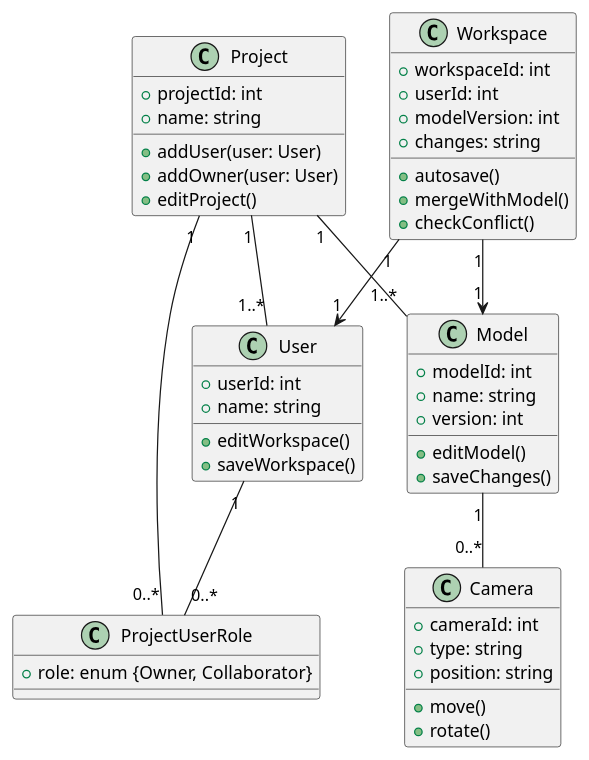
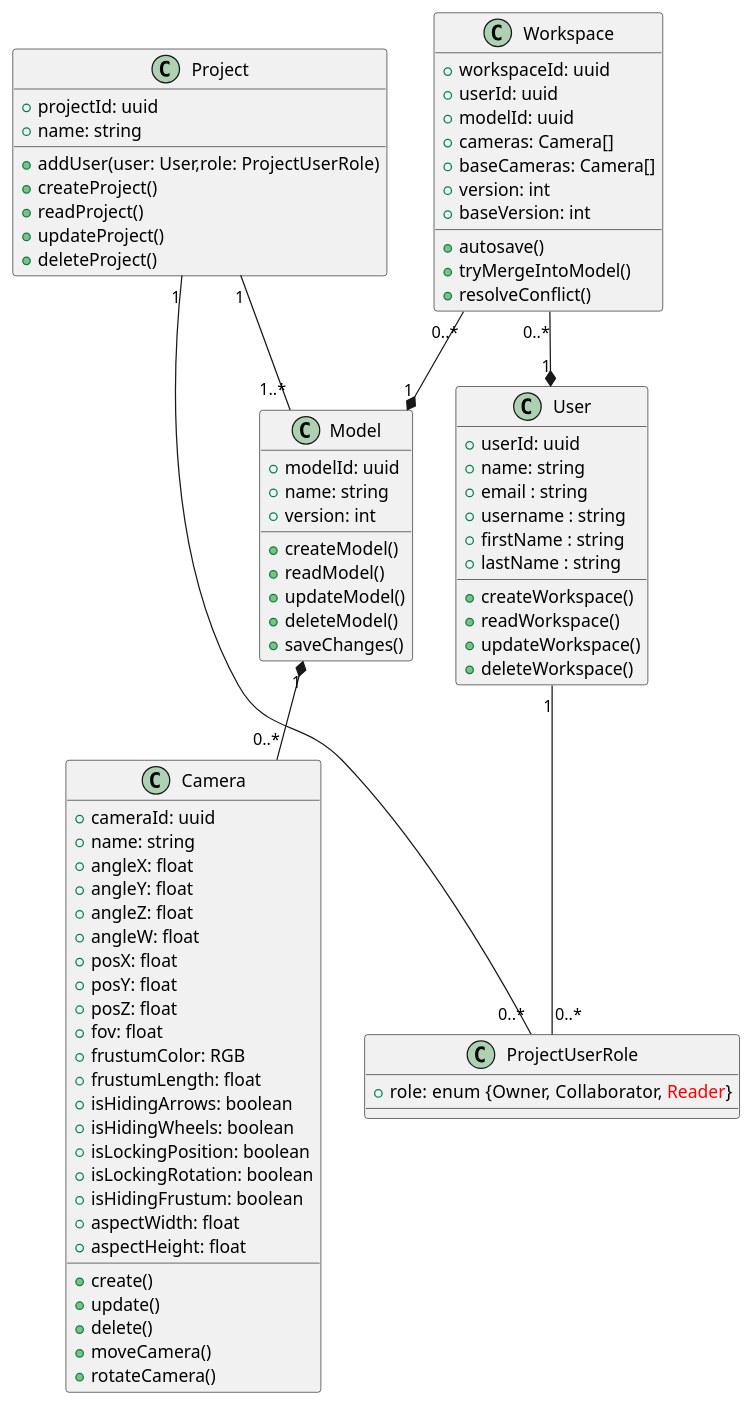
The diagram in docs/diagrams/class.puml (Ministry-of-Learning-of-Jura-Kites/OmniCam), drawn with PlantUML before and after one commit. The commit also changed 5 other files, not shown here.

Commit message:
update diagrams

```diff
--- a/docs/diagrams/class.puml
+++ b/docs/diagrams/class.puml
@@ -1,56 +1,88 @@
-@startuml class diagram
+@startuml Omnicam Class Diagram
 class User {
-    +userId: int
+    +userId: uuid
     +name: string
-    +editWorkspace()
-    +saveWorkspace()
+    +email : string
+    +username : string
+    +firstName : string
+    +lastName : string
+    +createWorkspace()
+    +readWorkspace()
+    +updateWorkspace()
+    +deleteWorkspace()
 }
 
 class ProjectUserRole {
-    +role: enum {Owner, Collaborator}
+    +role: enum {Owner, Collaborator, <color:red>Reader</color>}
 }
 
 class Project {
-    +projectId: int
+    +projectId: uuid
     +name: string
-    +addUser(user: User)
-    +addOwner(user: User)
-    +editProject()
+    +addUser(user: User,role: ProjectUserRole)
+    +createProject()
+    +readProject()
+    +updateProject()
+    +deleteProject()
 }
 
 class Model {
-    +modelId: int
+    +modelId: uuid
     +name: string
     +version: int
-    +editModel()
+    +createModel()
+    +readModel()
+    +updateModel()
+    +deleteModel()
     +saveChanges()
 }
 
 class Camera {
-    +cameraId: int
-    +type: string
-    +position: string
-    +move()
-    +rotate()
+    +cameraId: uuid
+    +name: string
+    +angleX: float
+    +angleY: float
+    +angleZ: float
+    +angleW: float
+    +posX: float
+    +posY: float
+    +posZ: float
+    +fov: float
+    +frustumColor: RGB
+    +frustumLength: float
+    +isHidingArrows: boolean
+    +isHidingWheels: boolean
+    +isLockingPosition: boolean
+    +isLockingRotation: boolean
+    +isHidingFrustum: boolean
+    +aspectWidth: float
+    +aspectHeight: float
+    +create()
+    +update()
+    +delete()
+    +moveCamera()
+    +rotateCamera()
 }
 
 class Workspace {
-    +workspaceId: int
-    +userId: int
-    +modelVersion: int
-    +changes: string
+    +workspaceId: uuid
+    +userId: uuid
+    +modelId: uuid
+    +cameras: Camera[]
+    +baseCameras: Camera[]
+    +version: int
+    +baseVersion: int
     +autosave()
-    +mergeWithModel()
-    +checkConflict()
+    +tryMergeIntoModel()
+    +resolveConflict()
 }
 
 ' Relationships
 Project "1" -- "1..*" Model
-Project "1" -- "1..*" User
-Model "1" -- "0..*" Camera
-Workspace "1" --> "1" User
-Workspace "1" --> "1" Model
+Model "1" *-- "0..*" Camera
+Workspace "0..*" --* "1" User
+Workspace "0..*" --* "1" Model
 User "1" -- "0..*" ProjectUserRole
 Project "1" -- "0..*" ProjectUserRole
 
 @enduml
```
